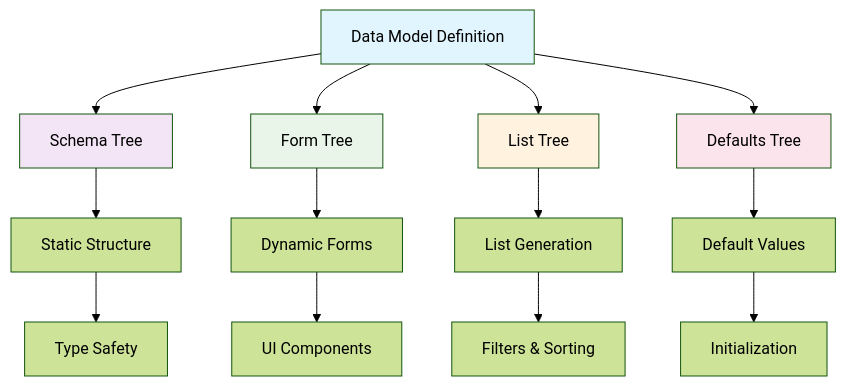
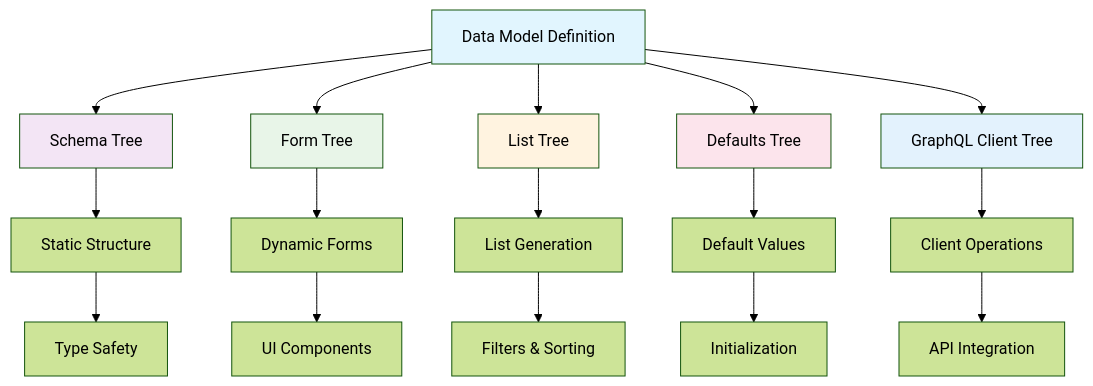
Before and after one commit to IEA-Paris/trees: the first of 6 diagrams in DOCUMENTATION.md, drawn with Mermaid (forest theme). The commit also changed other lines of this file and 3 other files, not shown here.

````diff
--- a/DOCUMENTATION.md
+++ b/DOCUMENTATION.md
@@ -9,23 +11,27 @@
 ```mermaid
 graph TD
     A[Data Model Definition] --> B[Schema Tree]
     A --> C[Form Tree]
     A --> D[List Tree]
     A --> E[Defaults Tree]
+    A --> F[GraphQL Client Tree]
     
-    B --> F[Static Structure]
-    C --> G[Dynamic Forms]
-    D --> H[List Generation]
-    E --> I[Default Values]
+    B --> G[Static Structure]
+    C --> H[Dynamic Forms]
+    D --> I[List Generation]
+    E --> J[Default Values]
+    F --> K[Client Operations]
     
-    F --> J[Type Safety]
-    G --> K[UI Components]
-    H --> L[Filters & Sorting]
-    I --> M[Initialization]
+    G --> L[Type Safety]
+    H --> M[UI Components]
+    I --> N[Filters & Sorting]
+    J --> O[Initialization]
+    K --> P[API Integration]
     
     style A fill:#e1f5fe
     style B fill:#f3e5f5
     style C fill:#e8f5e8
     style D fill:#fff3e0
     style E fill:#fce4ec
+    style F fill:#e3f2fd
 ```
````
